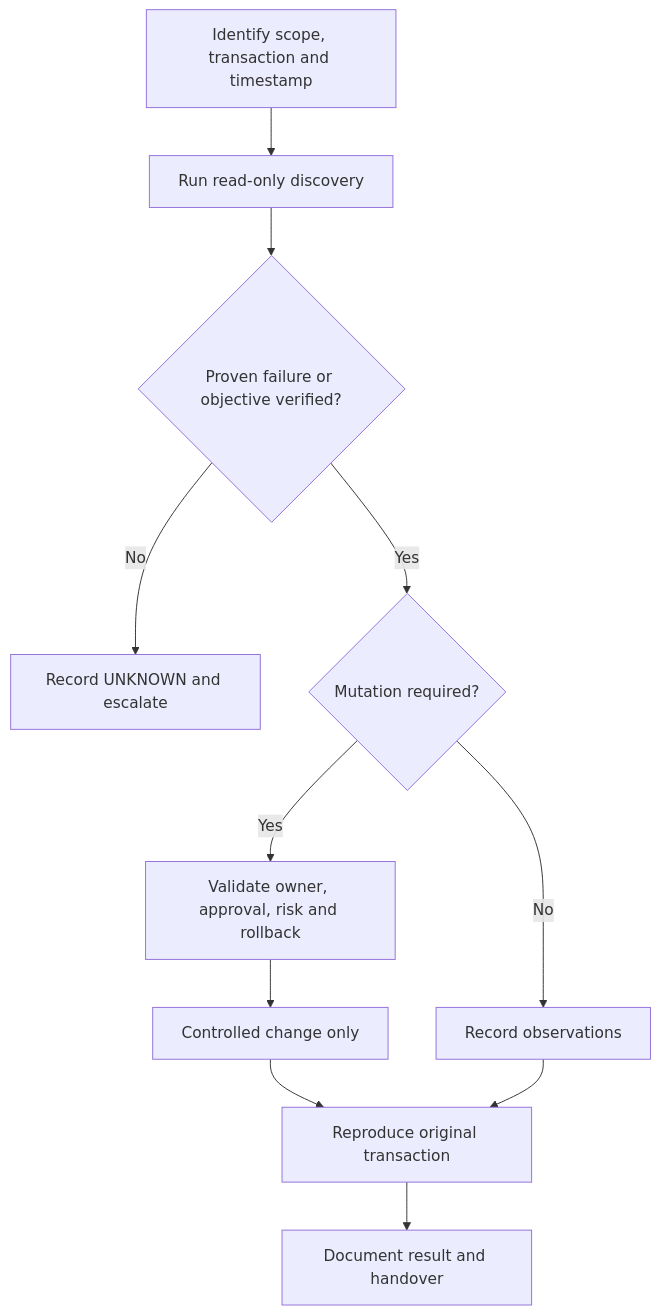
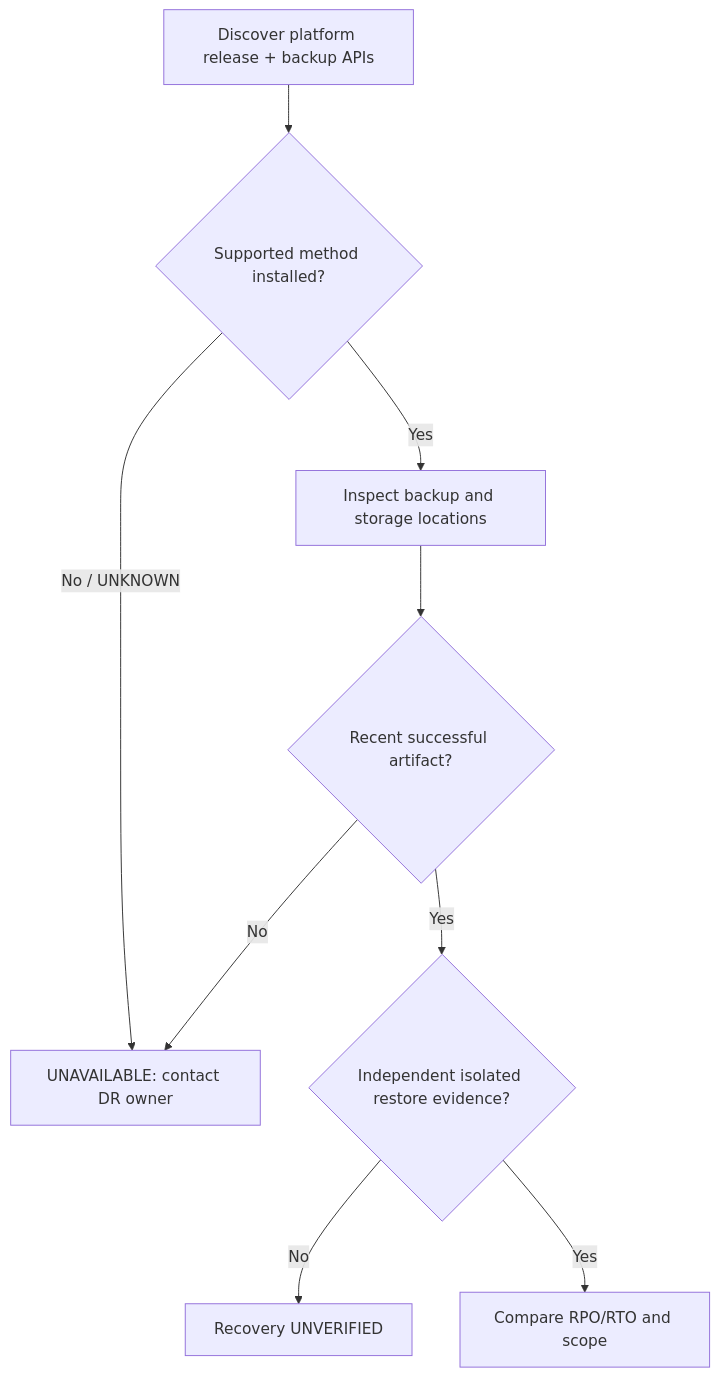
Before and after one commit to sheejithkv/RHOSO: the diagram in SOP/recovery/backup-readiness.md, drawn with Mermaid. The commit also changed other lines of this file and 13 other files, not shown here.

````diff
--- a/SOP/recovery/backup-readiness.md
+++ b/SOP/recovery/backup-readiness.md
@@ -37,13 +34,11 @@
 ```mermaid
 flowchart TD
-  A["Identify scope, transaction and timestamp"] --> B["Run read-only discovery"]
-  B --> C{"Proven failure or objective verified?"}
-  C -- No --> D["Record UNKNOWN and escalate"]
-  C -- Yes --> E{"Mutation required?"}
-  E -- Yes --> F["Validate owner, approval, risk and rollback"]
-  F --> G["Controlled change only"]
-  E -- No --> H["Record observations"]
-  G --> I["Reproduce original transaction"]
-  H --> I
-  I --> J["Document result and handover"]
+ A["Discover platform release + backup APIs"] --> B{"Supported method installed?"}
+ B -- "No / UNKNOWN" --> C["UNAVAILABLE: contact DR owner"]
+ B -- "Yes" --> D["Inspect backup and storage locations"]
+ D --> E{"Recent successful artifact?"}
+ E -- "No" --> C
+ E -- "Yes" --> F{"Independent isolated restore evidence?"}
+ F -- "No" --> G["Recovery UNVERIFIED"]
+ F -- "Yes" --> H["Compare RPO/RTO and scope"]
 ```
````
